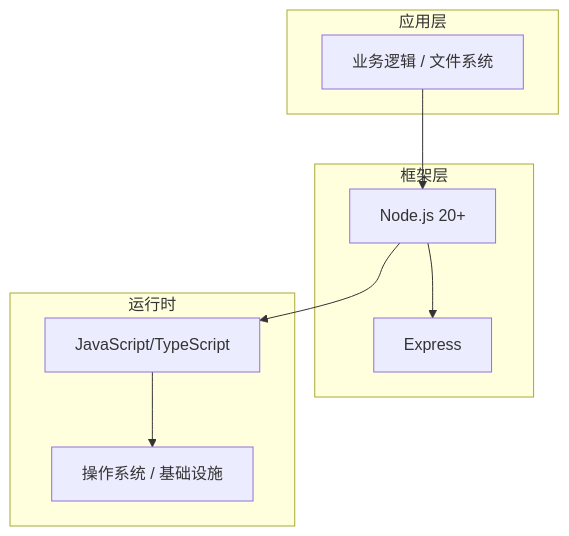
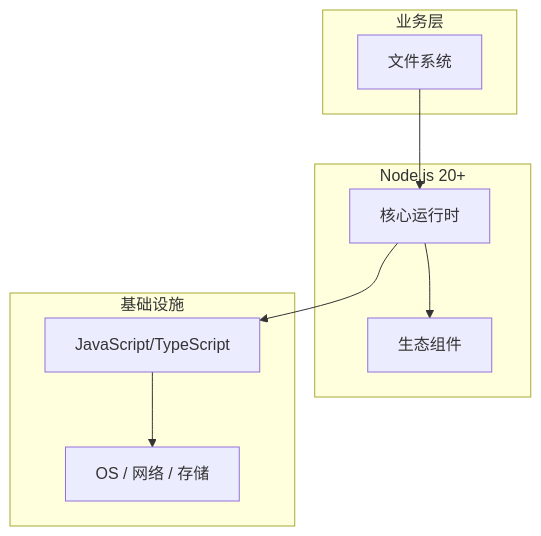
One commit to yanggan2015/knowledge-json-v2 changed the diagram in articles/Node.js/chapters/037-文件系统核心概念与原理.md. Above: the diagram before and after it, drawn with Mermaid. The commit also changed other lines of this file and 10127 other files, not shown here.

````diff
--- a/articles/Node.js/chapters/037-文件系统核心概念与原理.md
+++ b/articles/Node.js/chapters/037-文件系统核心概念与原理.md
@@ -45,18 +34,18 @@
 ```mermaid
 graph TB
-    subgraph 应用层
-        A[业务逻辑 / 文件系统]
+    subgraph 业务层
+        A[文件系统]
     end
-    subgraph 框架层
-        B[Node.js 20+]
-        C[Express]
+    subgraph Node.js 20+
+        B[核心运行时]
+        C[生态组件]
     end
-    subgraph 运行时
+    subgraph 基础设施
         D[JavaScript/TypeScript]
-        E[操作系统 / 基础设施]
+        E[OS / 网络 / 存储]
     end
     A --> B
     B --> C
     B --> D
     D --> E
 ```
````
